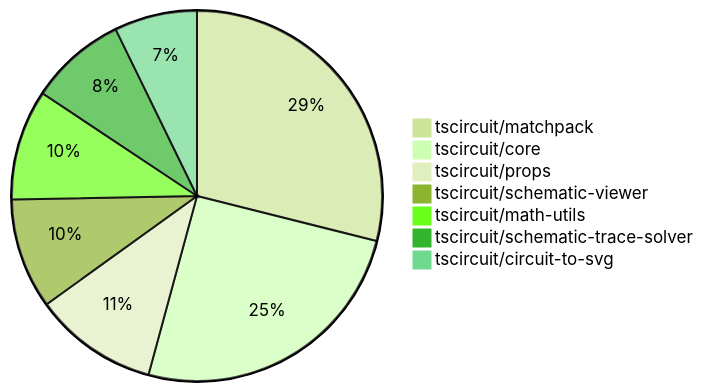
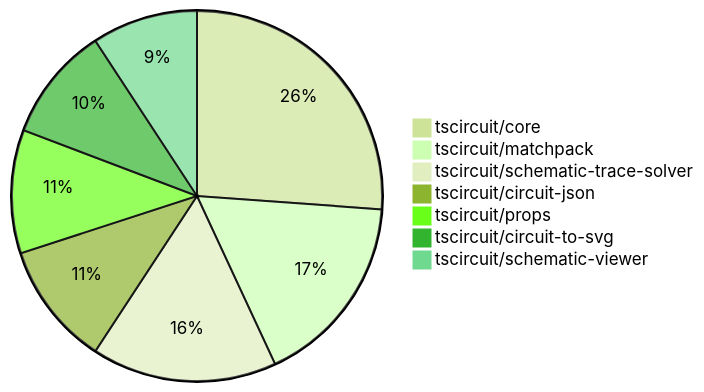
Before and after one commit to tscircuit/contribution-tracker: the second of 2 diagrams in README.md, drawn with Mermaid (forest theme). The commit also changed other lines of this file and 3 other files, not shown here.

````diff
--- a/README.md
+++ b/README.md
@@ -100,10 +107,10 @@
 ```mermaid
 pie
-    "tscircuit/matchpack" : 24
-    "tscircuit/core" : 21
-    "tscircuit/props" : 9
-    "tscircuit/schematic-viewer" : 8
-    "tscircuit/math-utils" : 8
-    "tscircuit/schematic-trace-solver" : 7
-    "tscircuit/circuit-to-svg" : 6
+    "tscircuit/core" : 34
+    "tscircuit/matchpack" : 22
+    "tscircuit/schematic-trace-solver" : 21
+    "tscircuit/circuit-json" : 14
+    "tscircuit/props" : 14
+    "tscircuit/circuit-to-svg" : 13
+    "tscircuit/schematic-viewer" : 12
 ```
````
